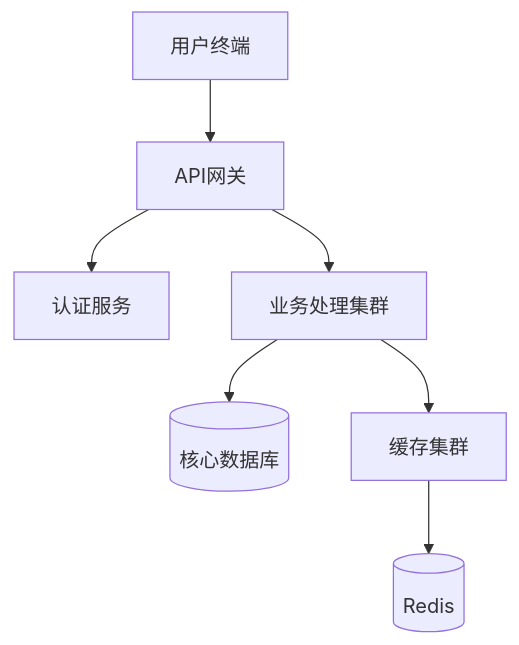
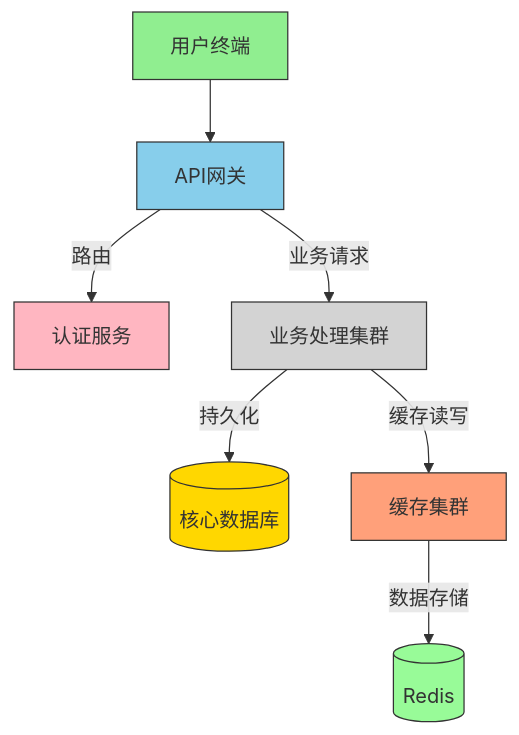
The first of 6 diagrams in docs/ARCHITECTURE.md (moyuzhang/fivebear), drawn with Mermaid before and after one commit. The commit also changed other lines of this file, not shown here.

Commit message:
更新系统架构文档，完善部署架构图和监控体系

````diff
--- a/docs/ARCHITECTURE.md
+++ b/docs/ARCHITECTURE.md
@@ -4,9 +4,16 @@
 ```mermaid
 graph TD
     A[用户终端] --> B[API网关]
-    B --> C[认证服务]
-    B --> D[业务处理集群]
-    D --> E[(核心数据库)]
-    D --> F[缓存集群]
-    F --> G[(Redis)]
+    B -->|路由| C[认证服务]
+    B -->|业务请求| D[业务处理集群]
+    D -->|持久化| E[(核心数据库)]
+    D -->|缓存读写| F[缓存集群]
+    F -->|数据存储| G[(Redis)]
+    style A fill:#90EE90,stroke:#333
+    style B fill:#87CEEB,stroke:#333
+    style C fill:#FFB6C1,stroke:#333
+    style D fill:#D3D3D3,stroke:#333
+    style E fill:#FFD700,stroke:#333
+    style F fill:#FFA07A,stroke:#333
+    style G fill:#98FB98,stroke:#333
 ```
````
